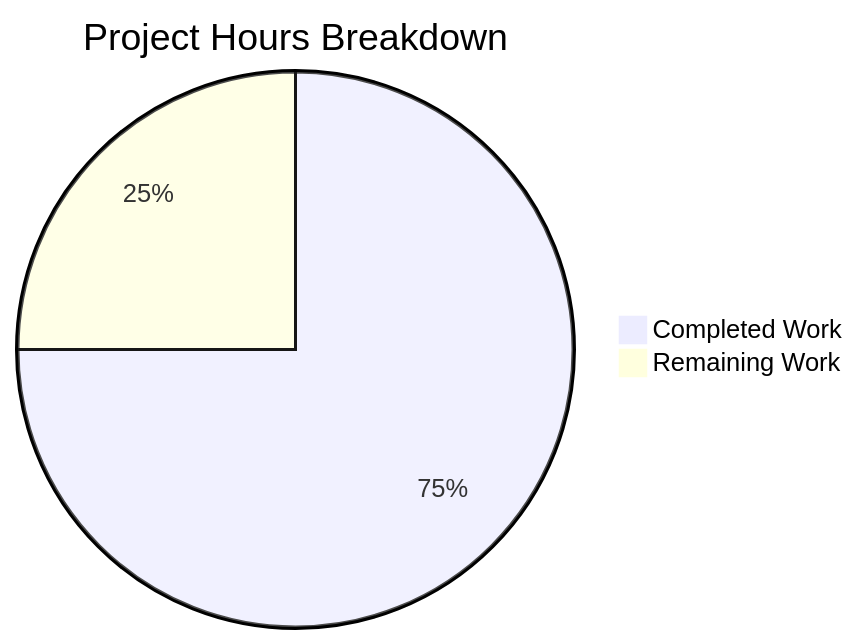
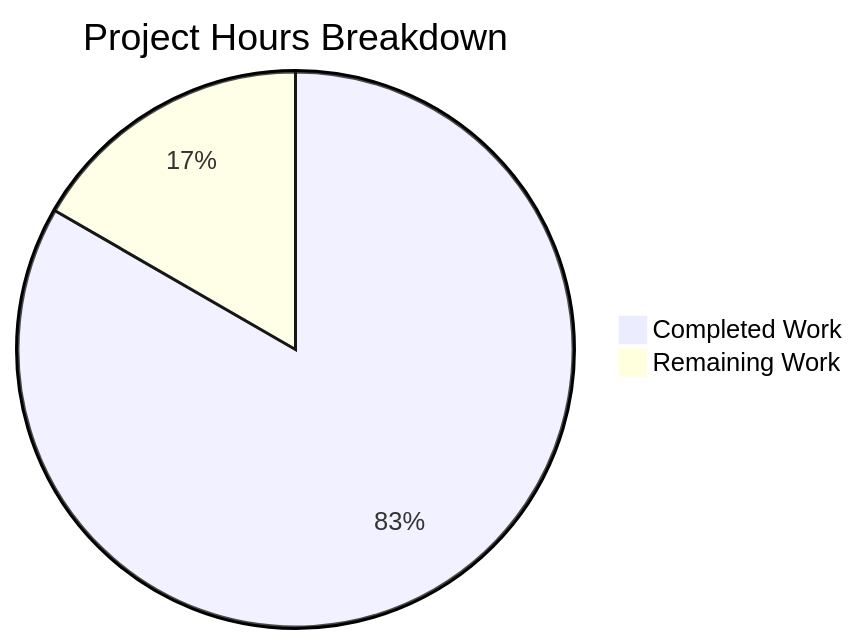
One commit to sudhanshu-spec/test-spec changed the first of 2 diagrams in blitzy/documentation/Project Guide.md. Above: the diagram before and after it, drawn with Mermaid. The commit also changed other lines of this file, not shown here.

Commit message:
Adding Blitzy Project Guide: Project Status and Human Tasks Remaining

````diff
--- a/blitzy/documentation/Project Guide.md
+++ b/blitzy/documentation/Project Guide.md
@@ -60,5 +95,5 @@
 ```mermaid
 pie title Project Hours Breakdown
-    "Completed Work" : 9
-    "Remaining Work" : 3
+    "Completed Work" : 25
+    "Remaining Work" : 5
 ```
````
